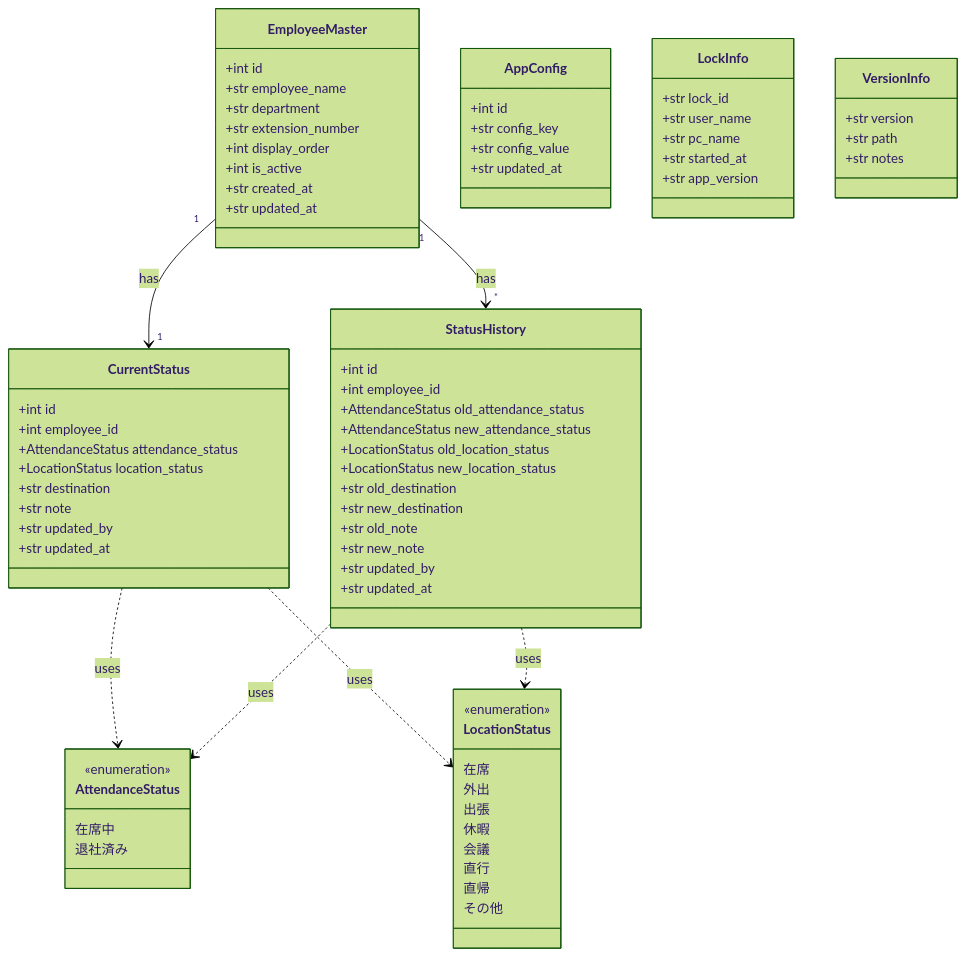
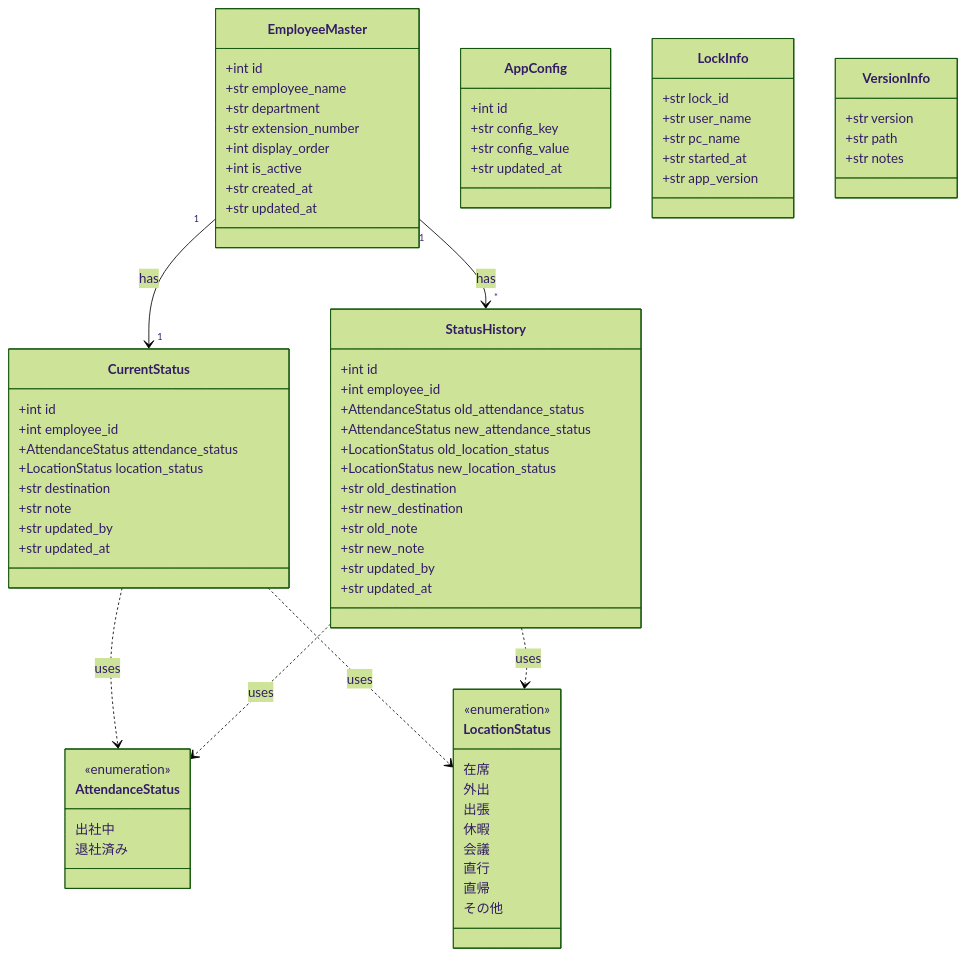
Before and after one commit to garyohosu/koudouhyo: the first of 5 diagrams in CLASS.md, drawn with Mermaid (forest theme). The commit also changed other lines of this file and 2 other files, not shown here.

```diff
--- a/CLASS.md
+++ b/CLASS.md
@@ -68,7 +68,7 @@
 
     class AttendanceStatus {
         <<enumeration>>
-        在席中
+        出社中
         退社済み
     }
 
```
